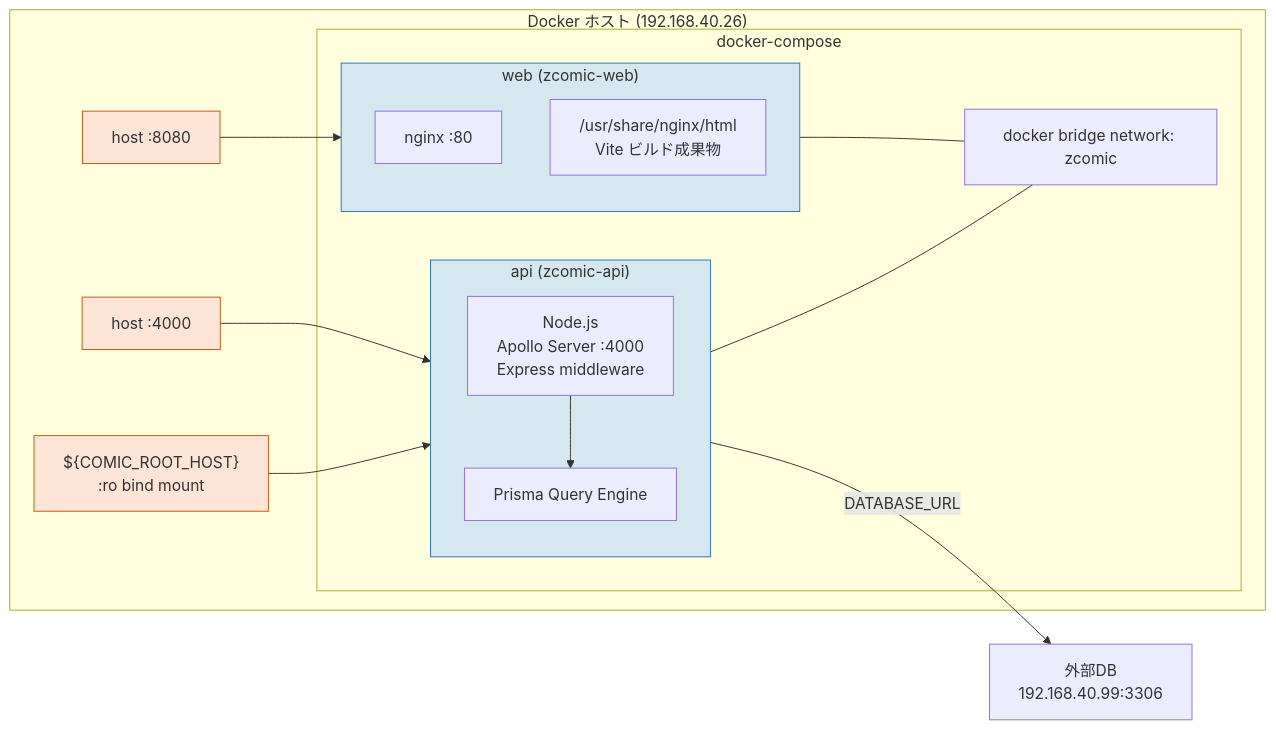
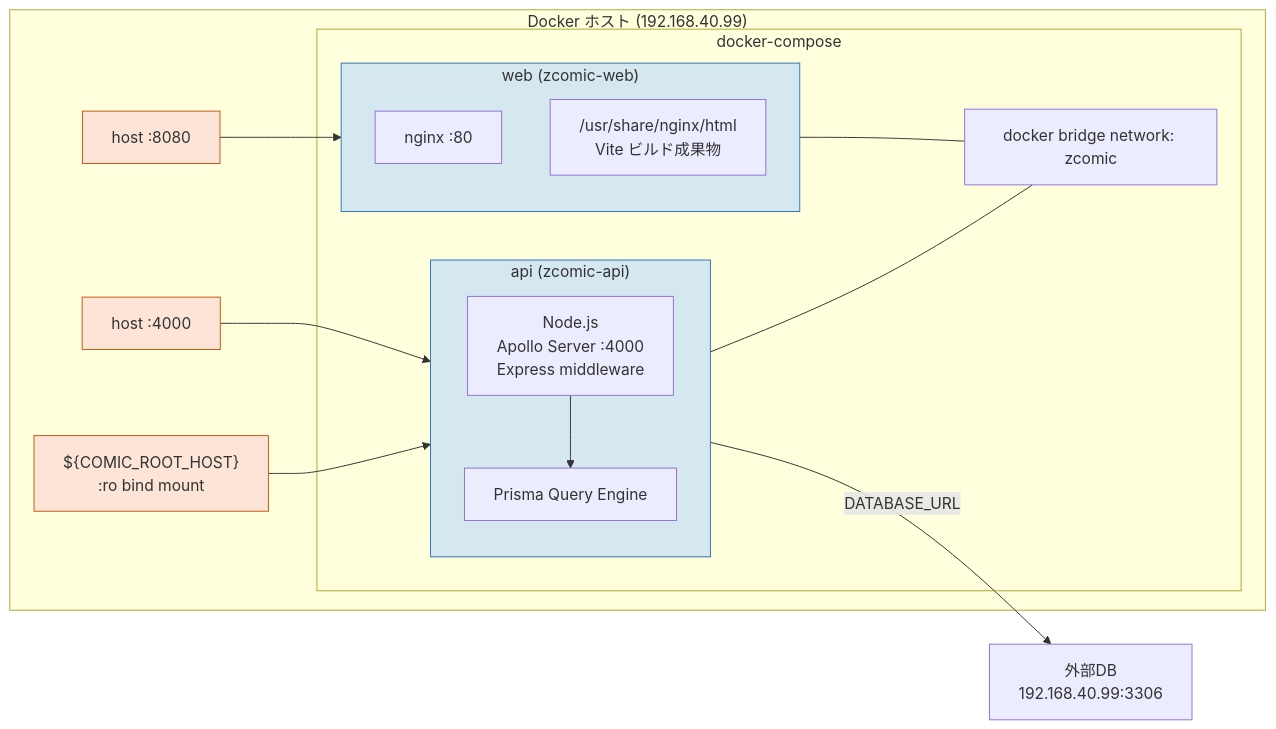
The second of 6 diagrams in docs/03_システム構成図.md (takedashuma/bcomic), drawn with Mermaid before and after one commit. The commit also changed other lines of this file and 5 other files, not shown here.

````diff
--- a/docs/03_システム構成図.md
+++ b/docs/03_システム構成図.md
@@ -48,34 +48,34 @@
 ```mermaid
 flowchart LR
-    subgraph host["Docker ホスト (192.168.40.26)"]
+    subgraph host["Docker ホスト (192.168.40.99)"]
         subgraph compose["docker-compose"]
             subgraph webContainer["web (zcomic-web)"]
                 nginx["nginx :80"]
                 dist["/usr/share/nginx/html<br/>Vite ビルド成果物"]
             end
             subgraph apiContainer["api (zcomic-api)"]
                 node["Node.js<br/>Apollo Server :4000<br/>Express middleware"]
                 prismaEngine["Prisma Query Engine"]
                 node --> prismaEngine
             end
             net["docker bridge network: zcomic"]
             webContainer --- net
             apiContainer --- net
         end
         port8080["host :8080"]
         port4000["host :4000"]
         comicVol["${COMIC_ROOT_HOST}<br/>:ro bind mount"]
 
         port8080 --> webContainer
         port4000 --> apiContainer
         comicVol --> apiContainer
     end
 
     external1["外部DB<br/>192.168.40.99:3306"]
     apiContainer -->|"DATABASE_URL"| external1
 
     classDef ctx fill:#D5E8F0,stroke:#2E75B6;
     classDef host fill:#FCE4D6,stroke:#C65911;
     class webContainer,apiContainer ctx;
     class port8080,port4000,comicVol host;
 ```
````
